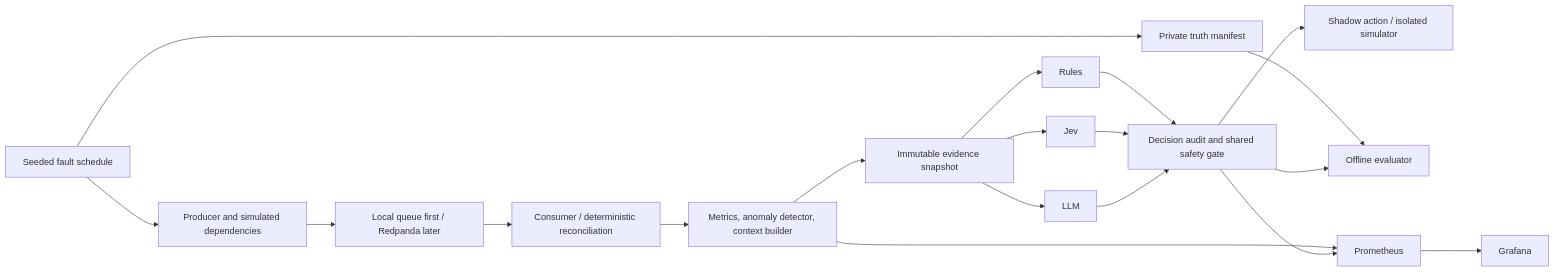
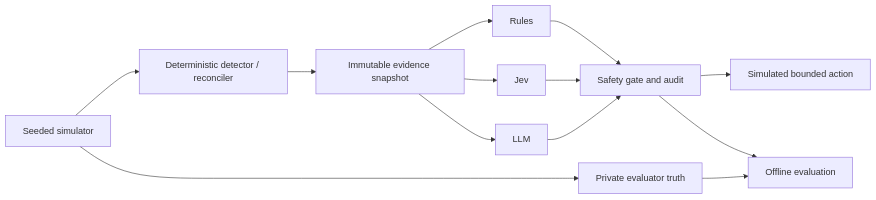
The diagram in docs/architecture.md (omerfeyzioglu/JevOps), drawn with Mermaid before and after one commit. The commit also changed other lines of this file and 8 other files, not shown here.

````diff
--- a/docs/architecture.md
+++ b/docs/architecture.md
@@ -7,21 +5,15 @@
 ```mermaid
 flowchart LR
-    F[Seeded fault schedule] --> S[Producer and simulated dependencies]
-    S --> T[Local queue first / Redpanda later]
-    T --> D[Consumer / deterministic reconciliation]
-    D --> C[Metrics, anomaly detector, context builder]
-    C --> E[Immutable evidence snapshot]
+    S[Seeded simulator] --> D[Deterministic detector / reconciler]
+    D --> E[Immutable evidence snapshot]
     E --> R[Rules]
     E --> J[Jev]
     E --> L[LLM]
-    R --> A[Decision audit and shared safety gate]
-    J --> A
-    L --> A
-    A --> X[Shadow action / isolated simulator]
-    F --> O[Private truth manifest]
-    O --> B[Offline evaluator]
-    A --> B
-    C --> P[Prometheus]
-    A --> P
-    P --> G[Grafana]
+    R --> G[Safety gate and audit]
+    J --> G
+    L --> G
+    G --> A[Simulated bounded action]
+    S --> T[Private evaluator truth]
+    T --> V[Offline evaluation]
+    G --> V
 ```
````
